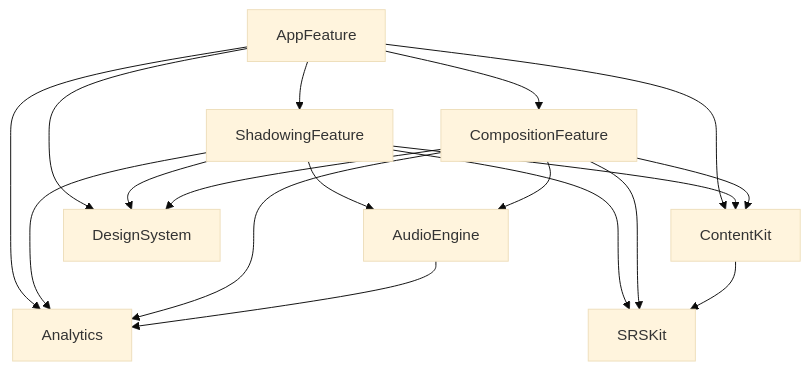
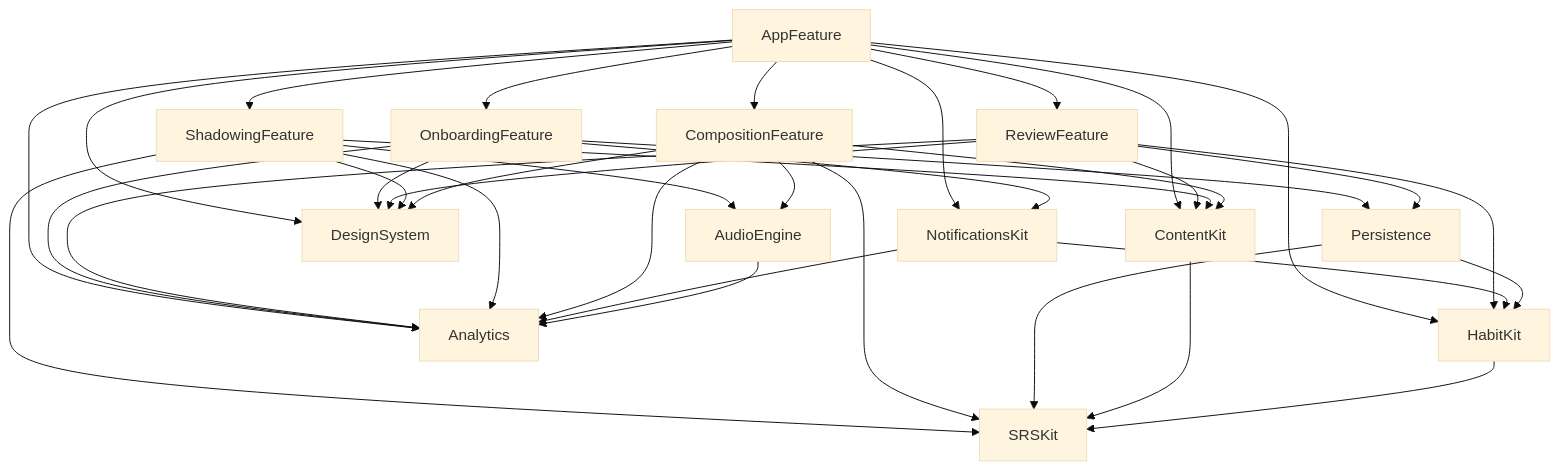
One commit to Kyogo73/SnapSpeak changed the second of 8 diagrams in docs/architecture.md. Above: the diagram before and after it, drawn with Mermaid (base theme). The commit also changed other lines of this file and 80 other files, not shown here.

First line of the commit message:
オンボーディングと継続の仕組み: UX設計正本 + HabitKit + ホーム再設計・復習セッション・リマインダー (#6)

````diff
--- a/docs/architecture.md
+++ b/docs/architecture.md
@@ -104,29 +108,52 @@
 ```mermaid
 flowchart TB
   App["AppFeature"]
+  OB["OnboardingFeature"]
+  RV["ReviewFeature"]
   SH["ShadowingFeature"]
   CP["CompositionFeature"]
+  NK["NotificationsKit"]
   AE["AudioEngine"]
   CK["ContentKit"]
+  PS["Persistence"]
+  HK["HabitKit"]
   SRS["SRSKit"]
   DS["DesignSystem"]
   AN["Analytics"]
 
+  App --> OB
+  App --> RV
   App --> SH
   App --> CP
+  App --> NK
+  App --> HK
   App --> CK
   App --> DS
   App --> AN
+  OB --> PS
+  OB --> NK
+  OB --> DS
+  OB --> AN
+  RV --> PS
+  RV --> CK
+  RV --> DS
+  RV --> AN
+  RV --> HK
   SH --> AE
   SH --> CK
   SH --> SRS
   SH --> DS
   SH --> AN
   CP --> AE
   CP --> CK
   CP --> SRS
   CP --> DS
   CP --> AN
+  NK --> HK
+  NK --> AN
+  PS --> HK
+  PS --> SRS
   AE --> AN
   CK --> SRS
+  HK --> SRS
 ```
````
